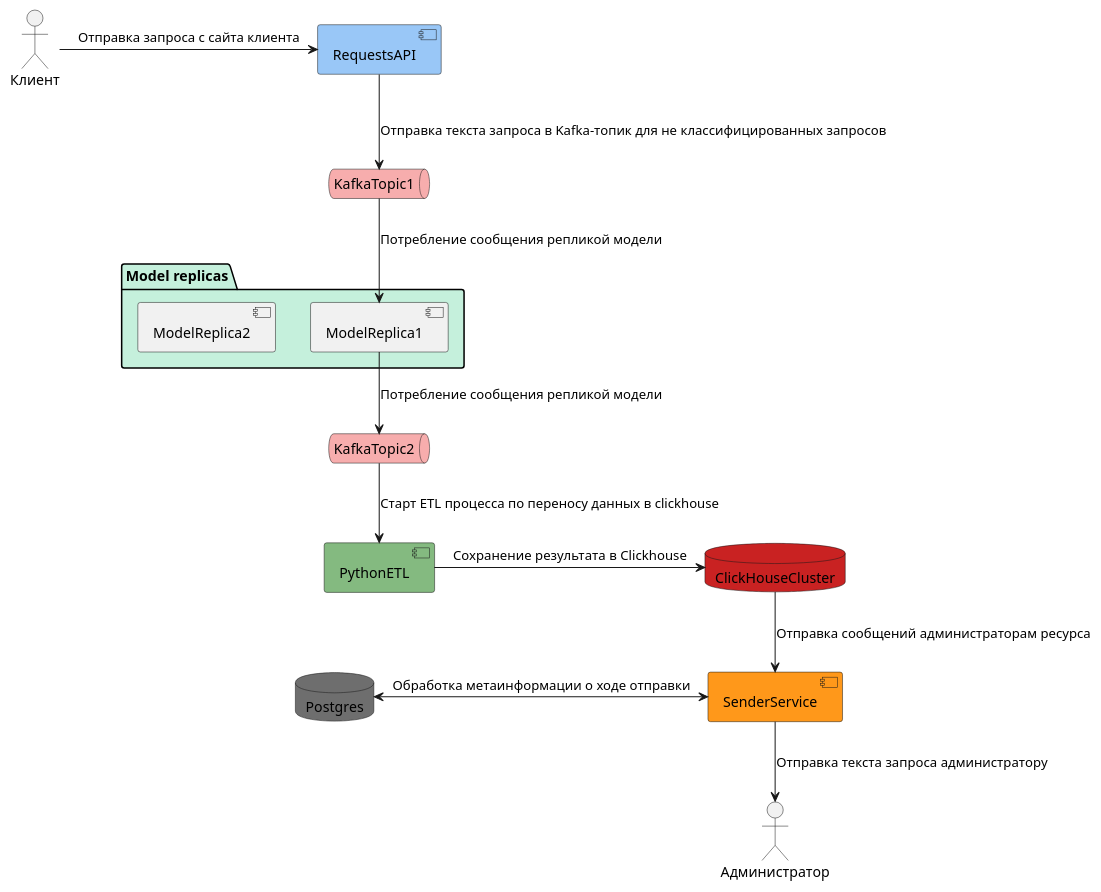
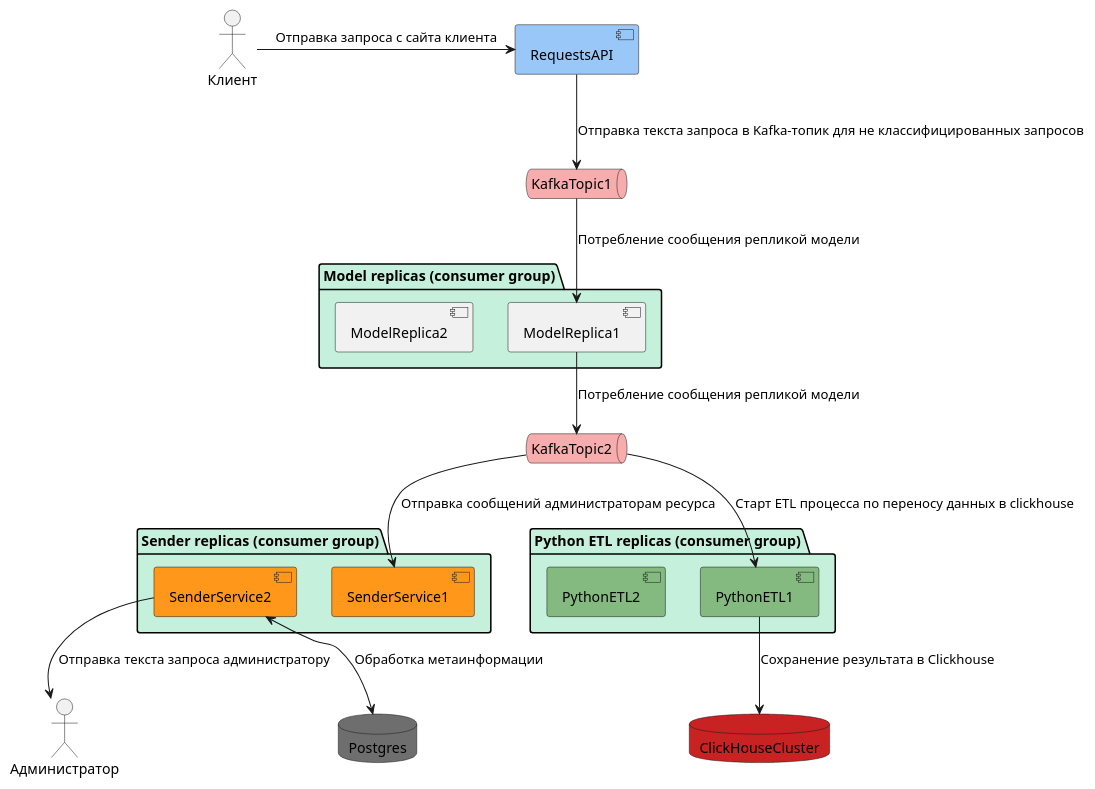
One commit to multiflexer/smart_ai_assistant changed the diagram in docs/main.puml. Above: the diagram before and after it, drawn with PlantUML. The commit also changed 18 other files, not shown here.

Commit message:
ДОбавил классификацию для входящих запросов, а также отправку классифицированных данных в следующий kafka-topic

```diff
--- a/docs/main.puml
+++ b/docs/main.puml
@@ -1,29 +1,35 @@
 @startuml
 skinparam componentStyle uml2
 actor Клиент as Client
 actor Администратор as Admin
 component RequestsAPI #99c7f7
-component SenderService #ff981a
-
-component PythonETL #84ba80
 
 queue KafkaTopic1 #f7adad
 queue KafkaTopic2 #f7adad
 database ClickHouseCluster #c92222
 database Postgres #6e6e6e
 
-package "Model replicas" #c5f0dc{
+package "Model replicas (consumer group)" #c5f0dc{
 component ModelReplica1
 component ModelReplica2
+}
+package "Sender replicas (consumer group)" #c5f0dc{
+component SenderService1 #ff981a
+component SenderService2 #ff981a
+}
+
+package "Python ETL replicas (consumer group)" #c5f0dc{
+component PythonETL1 #84ba80
+component PythonETL2 #84ba80
 }
 
 Client -> RequestsAPI: Отправка запроса с сайта клиента
 RequestsAPI -down-> KafkaTopic1: Отправка текста запроса в Kafka-топик для не классифицированных запросов
 KafkaTopic1 -down-> ModelReplica1: Потребление сообщения репликой модели
 ModelReplica1 -down-> KafkaTopic2: Потребление сообщения репликой модели
-KafkaTopic2 -down-> PythonETL: Старт ETL процесса по переносу данных в clickhouse
-PythonETL -right-> ClickHouseCluster: Сохранение результата в Clickhouse
-ClickHouseCluster -down-> SenderService: Отправка сообщений администраторам ресурса
-SenderService <-left-> Postgres: Обработка метаинформации о ходе отправки
-SenderService -down-> Admin: Отправка текста запроса администратору
+KafkaTopic2 -down-> PythonETL1: Старт ETL процесса по переносу данных в clickhouse
+KafkaTopic2 -down-> SenderService1: Отправка сообщений администраторам ресурса
+PythonETL1 -down-> ClickHouseCluster: Сохранение результата в Clickhouse
+SenderService2 <-down-> Postgres: Обработка метаинформации
+SenderService2 -down-> Admin: Отправка текста запроса администратору
 @enduml
```
